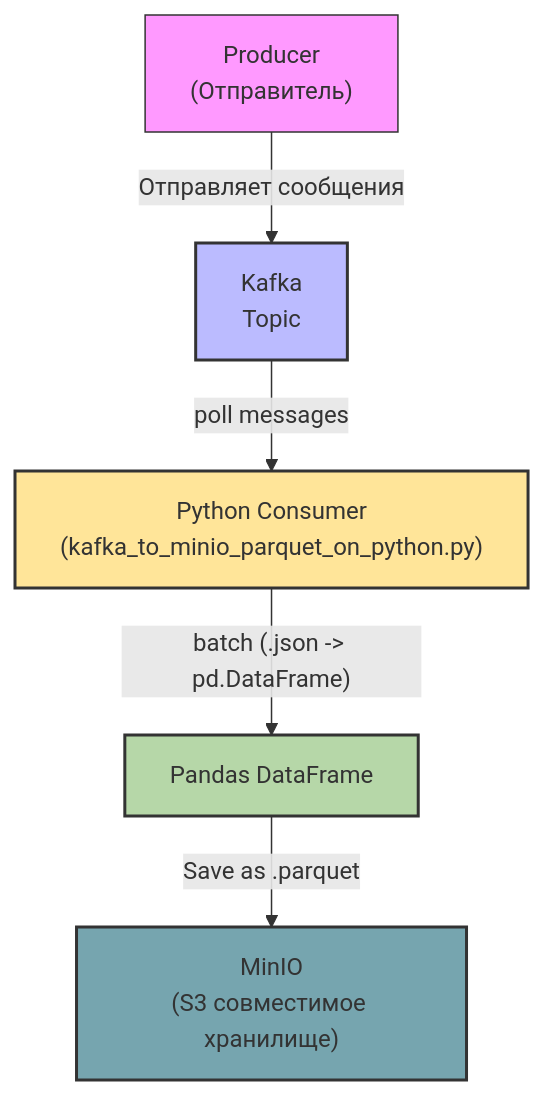
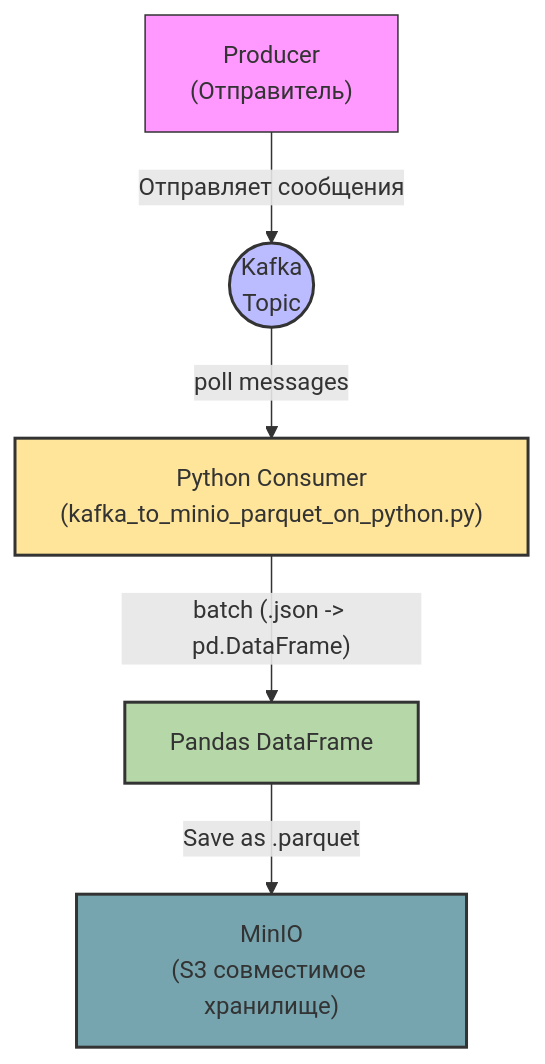
The second of 3 diagrams in README.md (k0rsakov/pet_project_real_usage_kafka), drawn with Mermaid before and after one commit.

Commit message:
Изменён проект pet_project_real_usage_kafka: - fix README.md

````diff
--- a/README.md
+++ b/README.md
@@ -151,13 +151,13 @@
 ```mermaid
 flowchart TB
     AA["Producer<br>(Отправитель)"] -- Отправляет сообщения --> A((Kafka<br>Topic))
-    A["Kafka<br>Topic"] -- poll messages --> B["Python Consumer<br>(kafka_to_minio_parquet_on_python.py)"]
+    A(("Kafka<br>Topic")) -- poll messages --> B["Python Consumer<br>(kafka_to_minio_parquet_on_python.py)"]
     B -- batch (.json -> pd.DataFrame) --> C["Pandas DataFrame"]
     C -- Save as .parquet --> D["MinIO<br>(S3 совместимое хранилище)"]
 
     style AA fill:#f9f,stroke:#333,stroke-width:1px
     style A fill:#bbf,stroke:#333,stroke-width:2px
     style B fill:#ffe599,stroke:#333,stroke-width:2px
     style C fill:#b6d7a8,stroke:#333,stroke-width:2px
     style D fill:#76a5af,stroke:#333,stroke-width:2px
 ```
````
